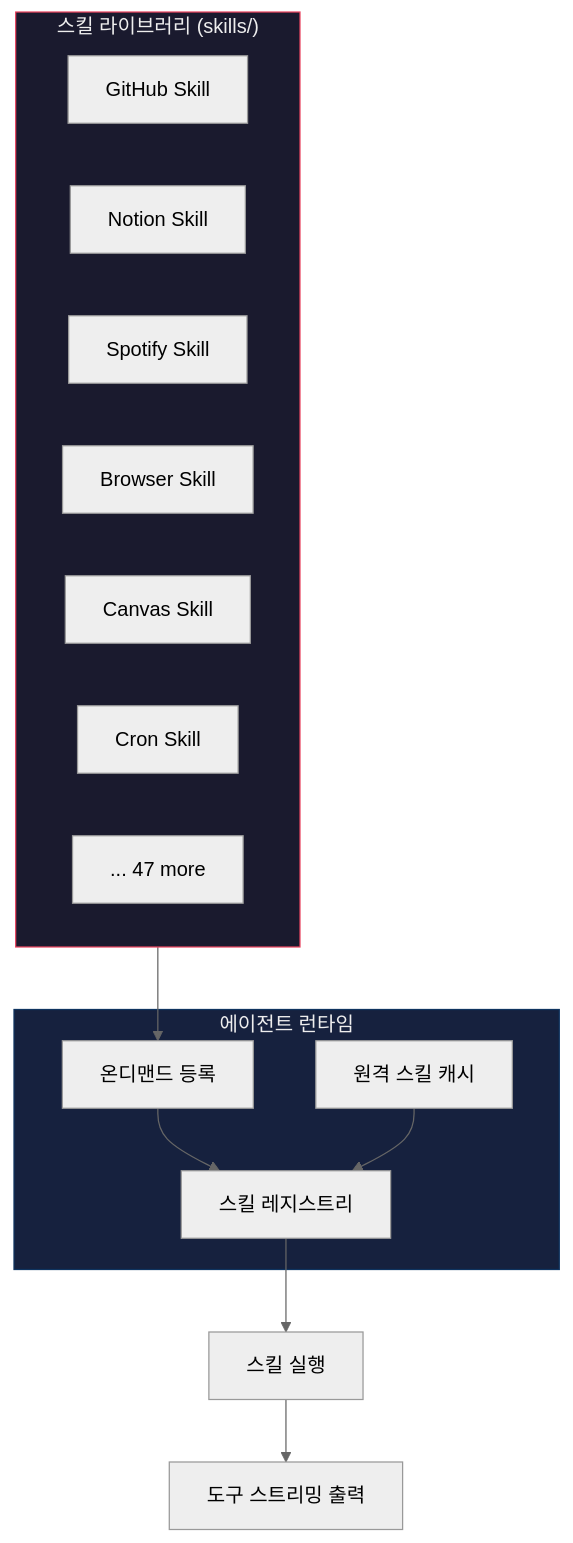
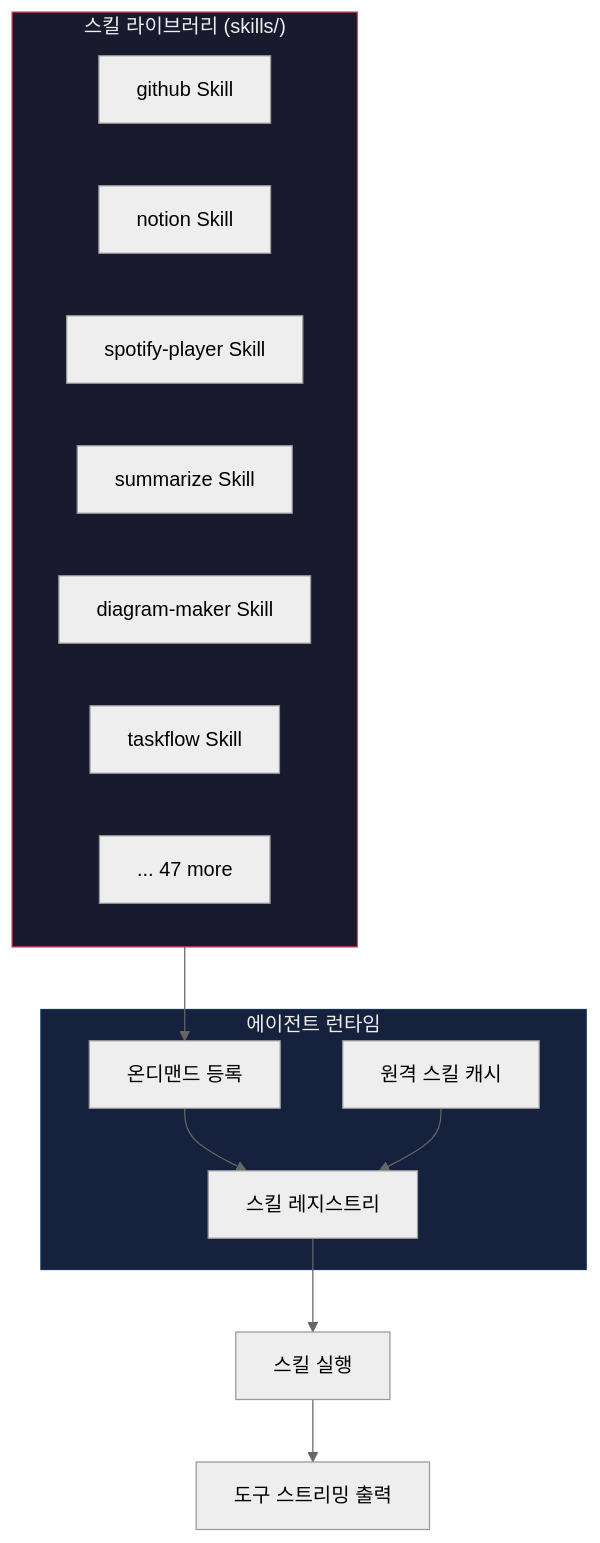
One commit to kgpark88/aiagent2026 changed the third of 5 diagrams in openclaw분석/09-플러그인-스킬-시스템.md. Above: the diagram before and after it, drawn with Mermaid (neutral theme). The commit also changed other lines of this file and 11 other files, not shown here.

````diff
--- a/openclaw분석/09-플러그인-스킬-시스템.md
+++ b/openclaw분석/09-플러그인-스킬-시스템.md
@@ -469,28 +477,28 @@
 ```mermaid
 graph TB
     subgraph SkillsLibrary["스킬 라이브러리 (skills/)"]
-        S1["GitHub Skill"]
-        S2["Notion Skill"]
-        S3["Spotify Skill"]
-        S4["Browser Skill"]
-        S5["Canvas Skill"]
-        S6["Cron Skill"]
+        S1["github Skill"]
+        S2["notion Skill"]
+        S3["spotify-player Skill"]
+        S4["summarize Skill"]
+        S5["diagram-maker Skill"]
+        S6["taskflow Skill"]
         S7["... 47 more"]
     end
 
     subgraph AgentRuntime["에이전트 런타임"]
         Registry["스킬 레지스트리"]
         OnDemand["온디맨드 등록"]
         Cache["원격 스킬 캐시"]
     end
 
     SkillsLibrary --> OnDemand
     OnDemand --> Registry
     Cache --> Registry
 
     Registry --> Execution["스킬 실행"]
     Execution --> Streaming["도구 스트리밍 출력"]
 
     style SkillsLibrary fill:#1a1a2e,stroke:#e94560,color:#eee
     style AgentRuntime fill:#16213e,stroke:#0f3460,color:#eee
 ```
````
